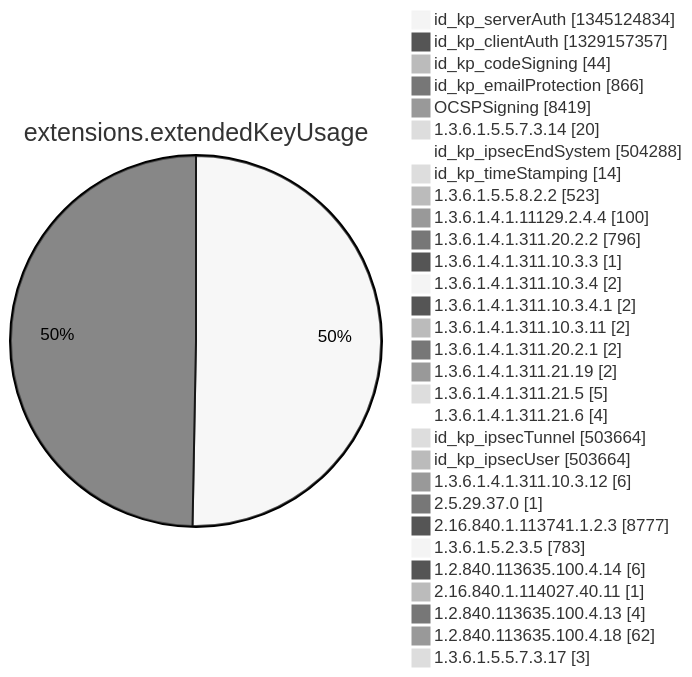
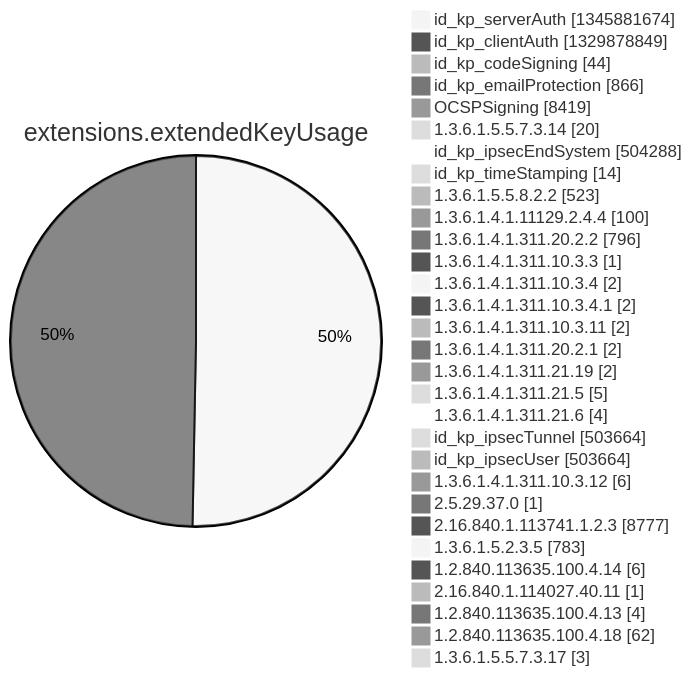
Diagram 12 of 15 in argon2022/README.md (christiankrug/ctmonitor_visualization), drawn with Mermaid (neutral theme) before and after one commit. The commit also changed other lines of this file, not shown here.

````diff
--- a/argon2022/README.md
+++ b/argon2022/README.md
@@ -3553,34 +3553,34 @@
 ```mermaid
 pie showData
 title extensions.extendedKeyUsage
-"id_kp_serverAuth" :1345124834
-"id_kp_clientAuth" :1329157357
+"id_kp_serverAuth" :1345881674
+"id_kp_clientAuth" :1329878849
 "id_kp_codeSigning" :44
 "id_kp_emailProtection" :866
 "OCSPSigning" :8419
 "1.3.6.1.5.5.7.3.14" :20
 "id_kp_ipsecEndSystem" :504288
 "id_kp_timeStamping" :14
 "1.3.6.1.5.5.8.2.2" :523
 "1.3.6.1.4.1.11129.2.4.4" :100
 "1.3.6.1.4.1.311.20.2.2" :796
 "1.3.6.1.4.1.311.10.3.3" :1
 "1.3.6.1.4.1.311.10.3.4" :2
 "1.3.6.1.4.1.311.10.3.4.1" :2
 "1.3.6.1.4.1.311.10.3.11" :2
 "1.3.6.1.4.1.311.20.2.1" :2
 "1.3.6.1.4.1.311.21.19" :2
 "1.3.6.1.4.1.311.21.5" :5
 "1.3.6.1.4.1.311.21.6" :4
 "id_kp_ipsecTunnel" :503664
 "id_kp_ipsecUser" :503664
 "1.3.6.1.4.1.311.10.3.12" :6
 "2.5.29.37.0" :1
 "2.16.840.1.113741.1.2.3" :8777
 "1.3.6.1.5.2.3.5" :783
 "1.2.840.113635.100.4.14" :6
 "2.16.840.1.114027.40.11" :1
 "1.2.840.113635.100.4.13" :4
 "1.2.840.113635.100.4.18" :62
 "1.3.6.1.5.5.7.3.17" :3
 ```
````
